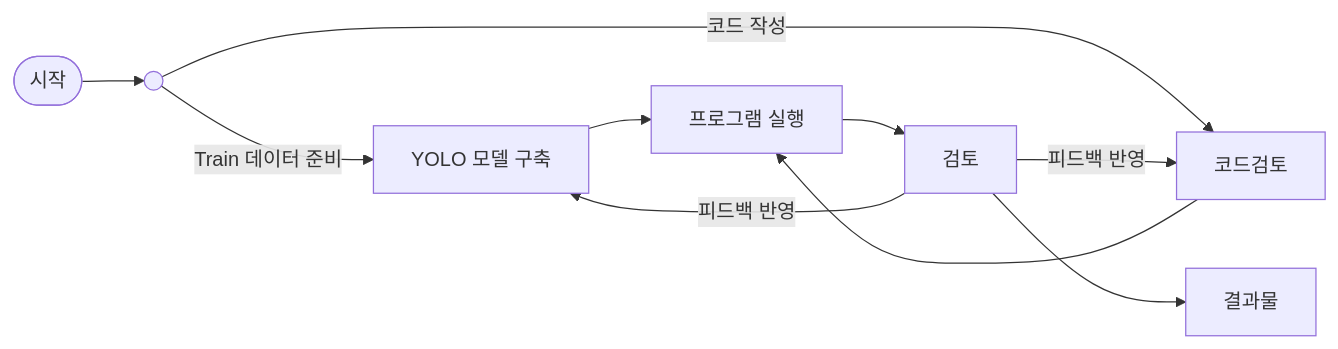
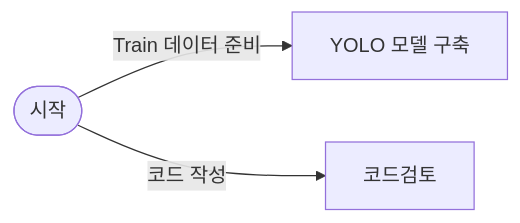
Before and after one commit to gamdumdum/my-project: the first of 2 diagrams in README.md, drawn with Mermaid. The commit also changed other lines of this file, not shown here.

````diff
--- a/README.md
+++ b/README.md
@@ -1,17 +2,7 @@
 ```mermaid
 flowchart LR
     시작([시작])
+    시작 -->|Train 데이터 준비| Yolo[YOLO 모델 구축]
+    시작 -->|코드 작성| 코드검토[코드검토]
 
-    시작 --> 중간1(( )):::invisible
-    중간1 -->|Train 데이터 준비| Yolo[YOLO 모델 구축]
-    중간1 -->|코드 작성| 코드검토[코드검토]
-
-    Yolo --> 실행[프로그램 실행]
-    코드검토 --> 실행
-    실행 --> 검토[검토]
-
-    검토 -->|피드백 반영| 코드검토
-    검토 -->|피드백 반영| Yolo
-
-    검토 --> 결과[결과물]
 ```
````
